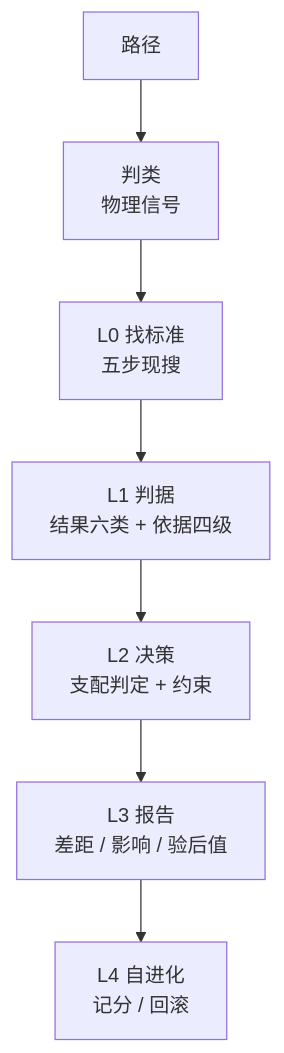
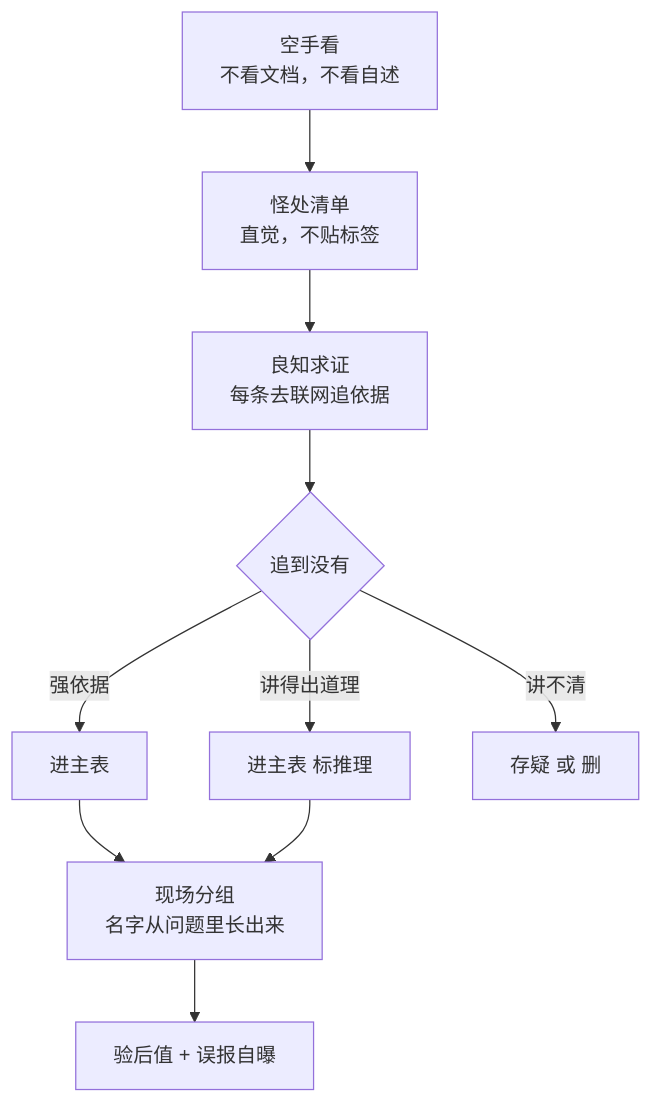
Before and after one commit to Meixiaocao/tashan: the diagram in README.md, drawn with Mermaid. The commit also changed other lines of this file and 24 other files, not shown here.

````diff
--- a/README.md
+++ b/README.md
@@ -258,9 +277,12 @@
 ```mermaid
 flowchart TD
-    A[路径] --> B[判类<br/>物理信号]
-    B --> C[L0 找标准<br/>五步现搜]
-    C --> D[L1 判据<br/>结果六类 + 依据四级]
-    D --> E[L2 决策<br/>支配判定 + 约束]
-    E --> F[L3 报告<br/>差距 / 影响 / 验后值]
-    F --> G[L4 自进化<br/>记分 / 回滚]
+    A[空手看<br/>不看文档，不看自述] --> B[怪处清单<br/>直觉，不贴标签]
+    B --> C[良知求证<br/>每条去联网追依据]
+    C --> D{追到没有}
+    D -->|强依据| E[进主表]
+    D -->|讲得出道理| F[进主表 标推理]
+    D -->|讲不清| G[存疑 或 删]
+    E --> H[现场分组<br/>名字从问题里长出来]
+    F --> H
+    H --> I[验后值 + 误报自曝]
 ```
````
